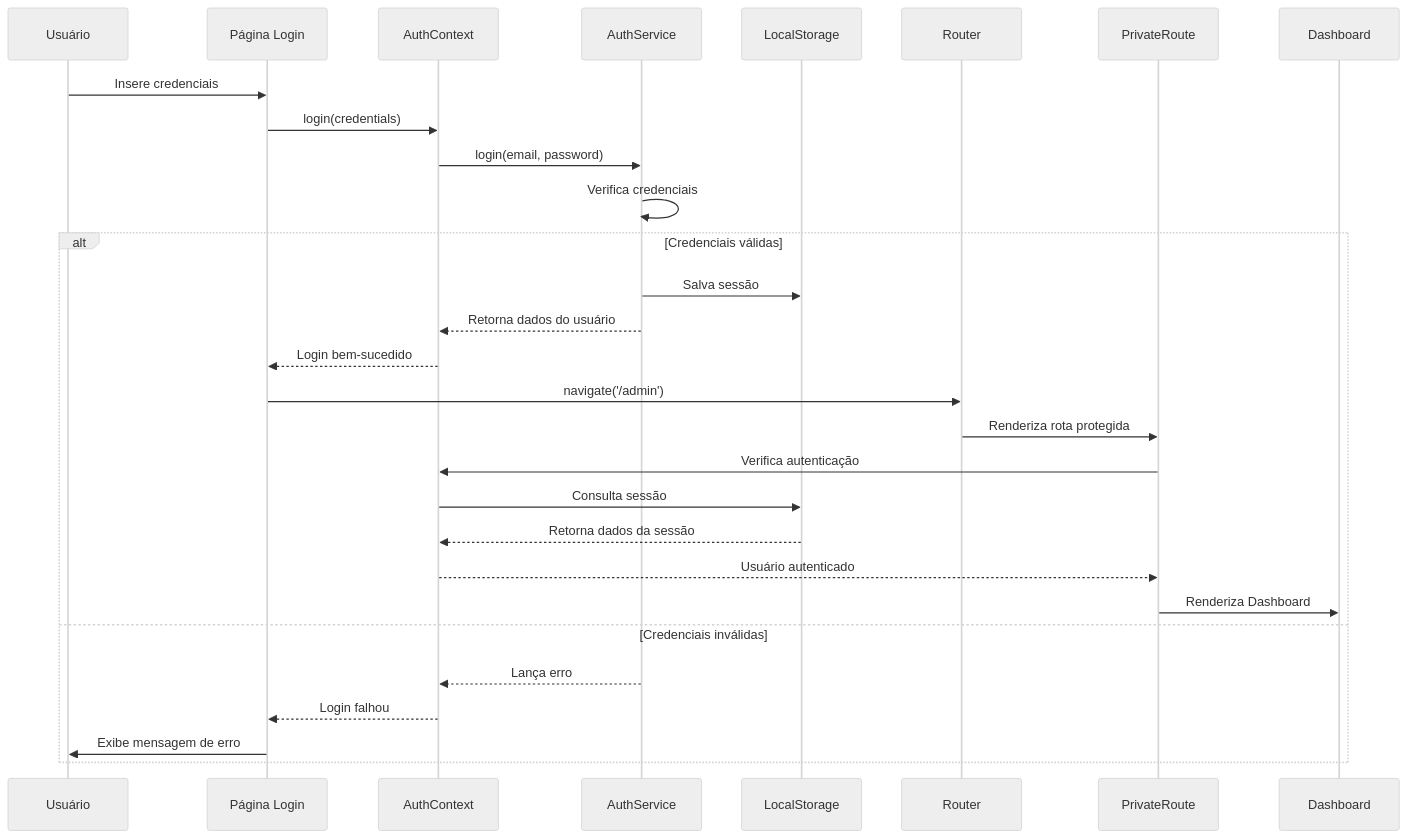
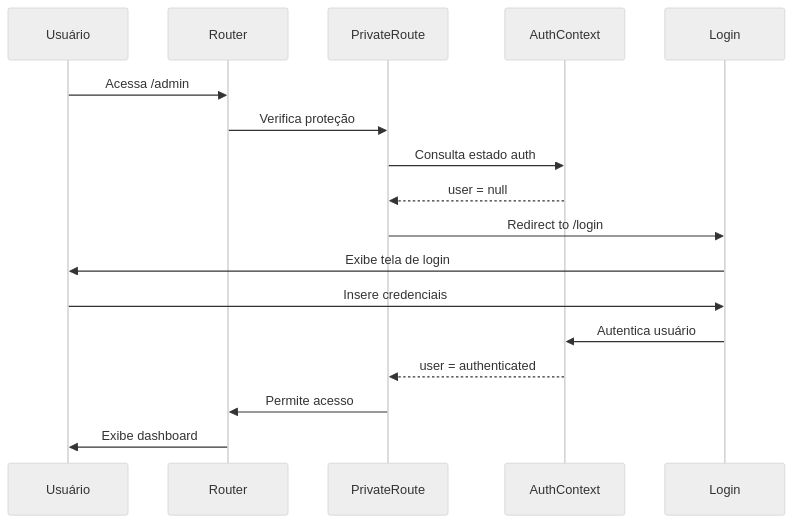
Before and after one commit to cold-tech/documentacao: the second of 3 diagrams in SISTEMA_ROTAS.md, drawn with Mermaid (neutral theme). The commit also changed other lines of this file, not shown here.

````diff
--- a/SISTEMA_ROTAS.md
+++ b/SISTEMA_ROTAS.md
@@ -299,33 +97,20 @@
 ```mermaid
 sequenceDiagram
     participant U as Usuário
-    participant L as Página Login
-    participant A as AuthContext
-    participant S as AuthService
-    participant LS as LocalStorage
     participant R as Router
     participant P as PrivateRoute
-    participant D as Dashboard
+    participant A as AuthContext
+    participant L as Login
     
+    U->>R: Acessa /admin
+    R->>P: Verifica proteção
+    P->>A: Consulta estado auth
+    A-->>P: user = null
+    P->>L: Redirect to /login
+    L->>U: Exibe tela de login
     U->>L: Insere credenciais
-    L->>A: login(credentials)
-    A->>S: login(email, password)
-    S->>S: Verifica credenciais
-    
-    alt Credenciais válidas
-        S->>LS: Salva sessão
-        S-->>A: Retorna dados do usuário
-        A-->>L: Login bem-sucedido
-        L->>R: navigate('/admin')
-        R->>P: Renderiza rota protegida
-        P->>A: Verifica autenticação
-        A->>LS: Consulta sessão
-        LS-->>A: Retorna dados da sessão
-        A-->>P: Usuário autenticado
-        P->>D: Renderiza Dashboard
-    else Credenciais inválidas
-        S-->>A: Lança erro
-        A-->>L: Login falhou
-        L->>U: Exibe mensagem de erro
-    end
+    L->>A: Autentica usuário
+    A-->>P: user = authenticated
+    P->>R: Permite acesso
+    R->>U: Exibe dashboard
 ```
````
